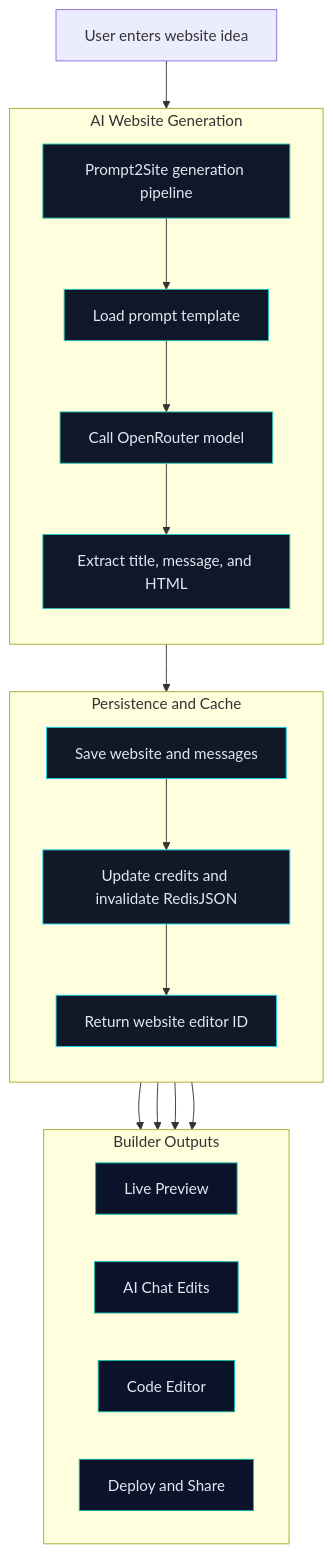
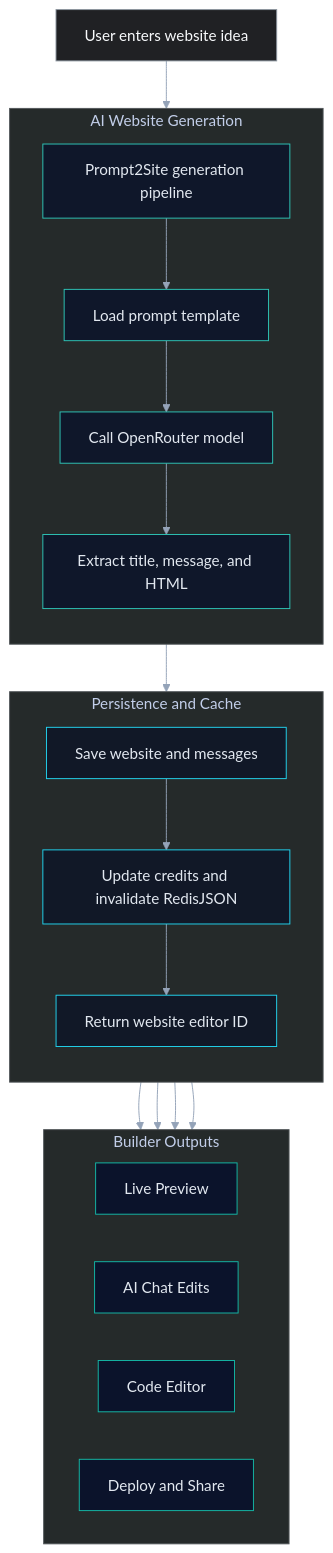
One commit to ParthPipermintwala/prompt2site changed the first of 6 diagrams in README.md. Above: the diagram before and after it, drawn with Mermaid. The commit also changed other lines of this file and 1 other file, not shown here.

````diff
--- a/README.md
+++ b/README.md
@@ -66,35 +64,38 @@
 ```mermaid
+%%{init: {'theme': 'base', 'themeVariables': { 'background': '#0b0f19', 'primaryColor': '#0f172a', 'primaryTextColor': '#e2e8f0', 'primaryBorderColor': '#2ec4b6', 'lineColor': '#94a3b8', 'clusterBkg': '#252a2a', 'clusterBorder': '#52575a', 'fontFamily': 'Inter, ui-sans-serif, system-ui' }}}%%
 flowchart TD
 	A[User enters website idea]
 	A --> B[Prompt2Site generation pipeline]
 
 	subgraph GEN[AI Website Generation]
 		direction TB
 		B --> C[Load prompt template]
 		C --> D[Call OpenRouter model]
 		D --> E[Extract title, message, and HTML]
 	end
 
 	subgraph DATA[Persistence and Cache]
 		direction TB
 		E --> F[Save website and messages]
 		F --> G[Update credits and invalidate RedisJSON]
 		G --> H[Return website editor ID]
 	end
 
 	subgraph OUTPUT[Builder Outputs]
 		direction LR
 		H --> I[Live Preview]
 		H --> J[AI Chat Edits]
 		H --> K[Code Editor]
 		H --> L[Deploy and Share]
 	end
 
 	classDef gen fill:#0f172a,stroke:#2ec4b6,color:#e2e8f0,stroke-width:1px;
 	classDef data fill:#111827,stroke:#22d3ee,color:#e2e8f0,stroke-width:1px;
 	classDef output fill:#0b132b,stroke:#14b8a6,color:#e2e8f0,stroke-width:1px;
+	classDef entry fill:#202124,stroke:#8b949e,color:#f8fafc,stroke-width:1px;
 
+	class A entry;
 	class B,C,D,E gen;
 	class F,G,H data;
 	class I,J,K,L output;
 ```
````
